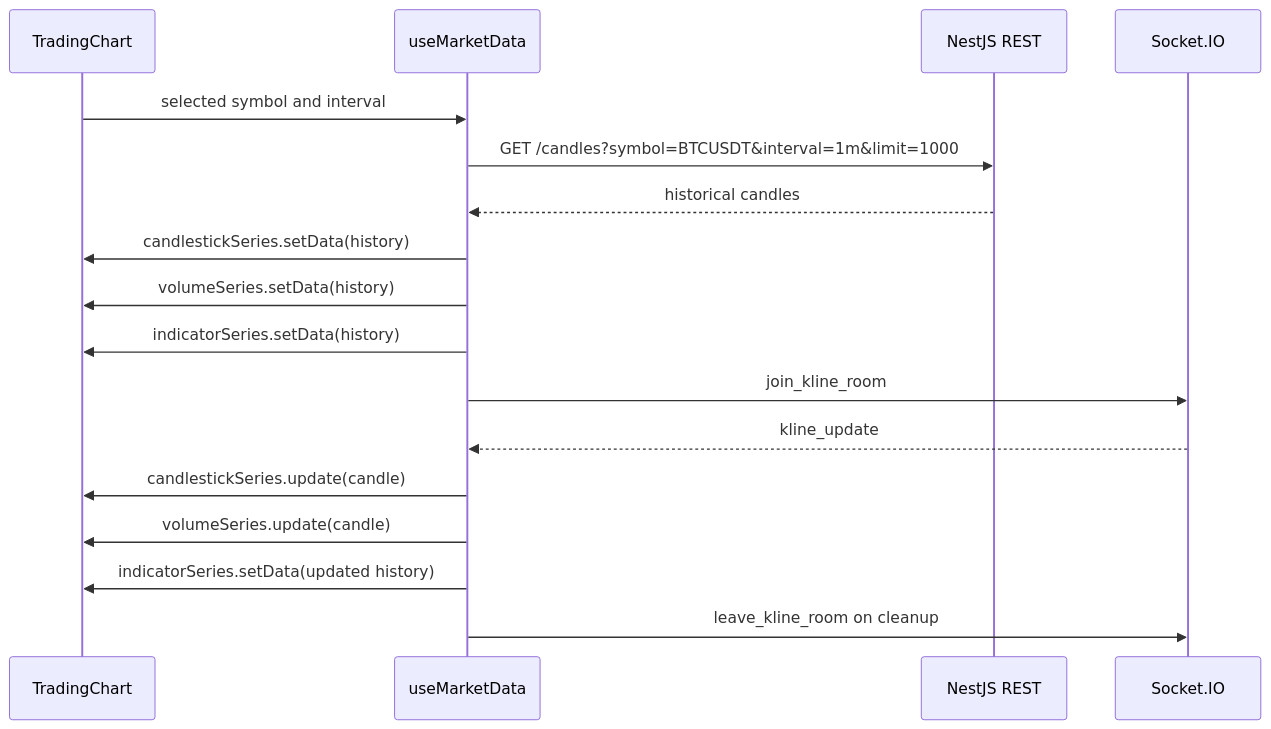
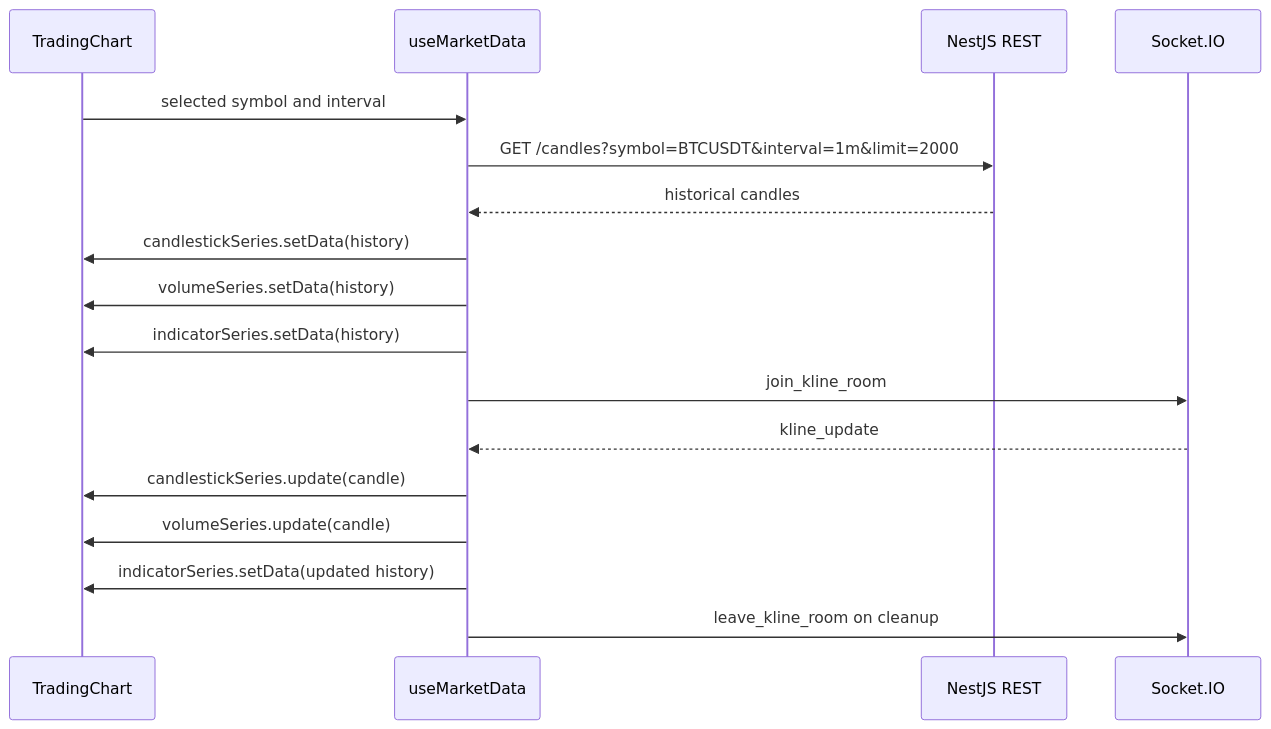
The diagram in frontend/README.md (Zane-Theodore/NexTick), drawn with Mermaid before and after one commit. The commit also changed other lines of this file and 5 other files, not shown here.

Commit message:
feat(docs): update README and architecture to include recent reconcile service and configuration details

````diff
--- a/frontend/README.md
+++ b/frontend/README.md
@@ -119,20 +125,20 @@
 ```mermaid
 sequenceDiagram
   participant UI as TradingChart
   participant Hook as useMarketData
   participant API as NestJS REST
   participant Socket as Socket.IO
 
   UI->>Hook: selected symbol and interval
-  Hook->>API: GET /candles?symbol=BTCUSDT&interval=1m&limit=1000
+  Hook->>API: GET /candles?symbol=BTCUSDT&interval=1m&limit=2000
   API-->>Hook: historical candles
   Hook->>UI: candlestickSeries.setData(history)
   Hook->>UI: volumeSeries.setData(history)
   Hook->>UI: indicatorSeries.setData(history)
   Hook->>Socket: join_kline_room
   Socket-->>Hook: kline_update
   Hook->>UI: candlestickSeries.update(candle)
   Hook->>UI: volumeSeries.update(candle)
   Hook->>UI: indicatorSeries.setData(updated history)
   Hook->>Socket: leave_kline_room on cleanup
 ```
````
